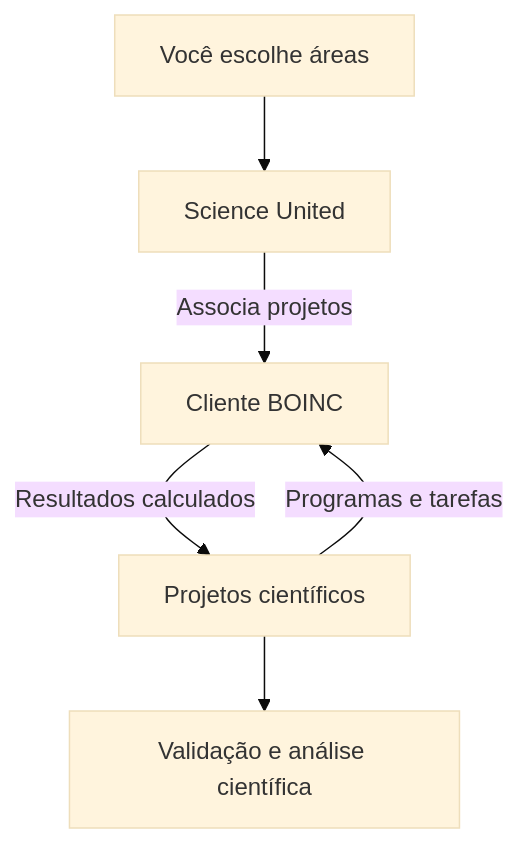
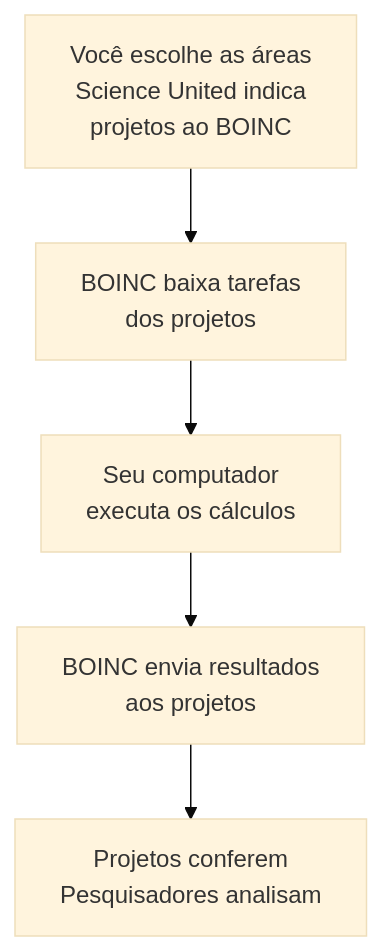
Before and after one commit to guilycst/guigoes-v2: the first of 2 diagrams in content/blogs/boinc-ciencia-cpu-gpu-kubernetes/index.md, drawn with Mermaid (base theme). The commit also changed other lines of this file, not shown here.

Commit message:
fix(blog): clarify the BOINC contribution flow

````diff
--- a/content/blogs/boinc-ciencia-cpu-gpu-kubernetes/index.md
+++ b/content/blogs/boinc-ciencia-cpu-gpu-kubernetes/index.md
@@ -30,10 +30,11 @@
 ```mermaid
 flowchart TB
     accTitle: Como a contribuição chega à pesquisa
-    accDescr: O voluntário escolhe áreas no Science United. O gerenciador associa o cliente BOINC aos projetos. Os projetos enviam tarefas ao cliente e recebem os resultados para validação e análise científica.
-    pessoa["Você escolhe áreas"] --> su["Science United"]
-    su -->|"Associa projetos"| cliente["Cliente BOINC"]
-    projetos["Projetos científicos"] -->|"Programas e tarefas"| cliente
-    cliente -->|"Resultados calculados"| projetos
-    projetos --> validacao["Validação e análise científica"]
+    accDescr: Você escolhe áreas no Science United, que indica projetos ao BOINC. O cliente baixa programas e tarefas diretamente desses projetos. Seu computador executa os cálculos e o BOINC devolve os resultados aos projetos, que os conferem para a análise das equipes de pesquisa.
+    areas["Você escolhe as áreas<br/>Science United indica<br/>projetos ao BOINC"]
+    download["BOINC baixa tarefas<br/>dos projetos"]
+    calculo["Seu computador<br/>executa os cálculos"]
+    envio["BOINC envia resultados<br/>aos projetos"]
+    pesquisa["Projetos conferem<br/>Pesquisadores analisam"]
+    areas --> download --> calculo --> envio --> pesquisa
 ```
````
